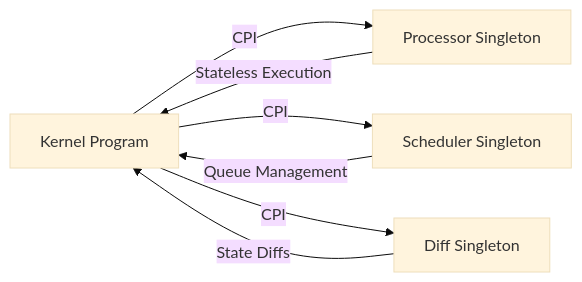
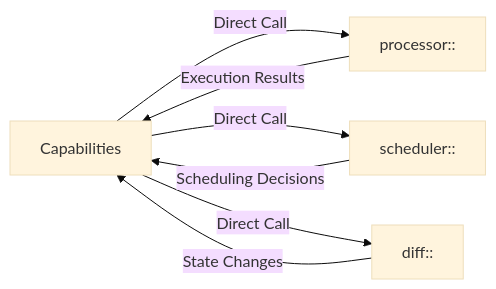
One commit to timewave-computer/valence-solana changed the fourth of 6 diagrams in docs/002-unified-kernel.md. Above: the diagram before and after it, drawn with Mermaid (base theme). The commit also changed other lines of this file and 70 other files, not shown here.

````diff
--- a/docs/002-unified-kernel.md
+++ b/docs/002-unified-kernel.md
@@ -99,10 +102,10 @@
 ```mermaid
 graph LR
-    Kernel[Kernel Program] -->|CPI| Proc[Processor Singleton]
-    Kernel -->|CPI| Sched[Scheduler Singleton]
-    Kernel -->|CPI| Diff[Diff Singleton]
+    Caps[Capabilities] -->|Direct Call| Proc[processor::]
+    Caps -->|Direct Call| Sched[scheduler::]
+    Caps -->|Direct Call| Diff[diff::]
     
-    Proc -->|Stateless Execution| Kernel
-    Sched -->|Queue Management| Kernel
-    Diff -->|State Diffs| Kernel
+    Proc -->|Execution Results| Caps
+    Sched -->|Scheduling Decisions| Caps
+    Diff -->|State Changes| Caps
 ```
````
